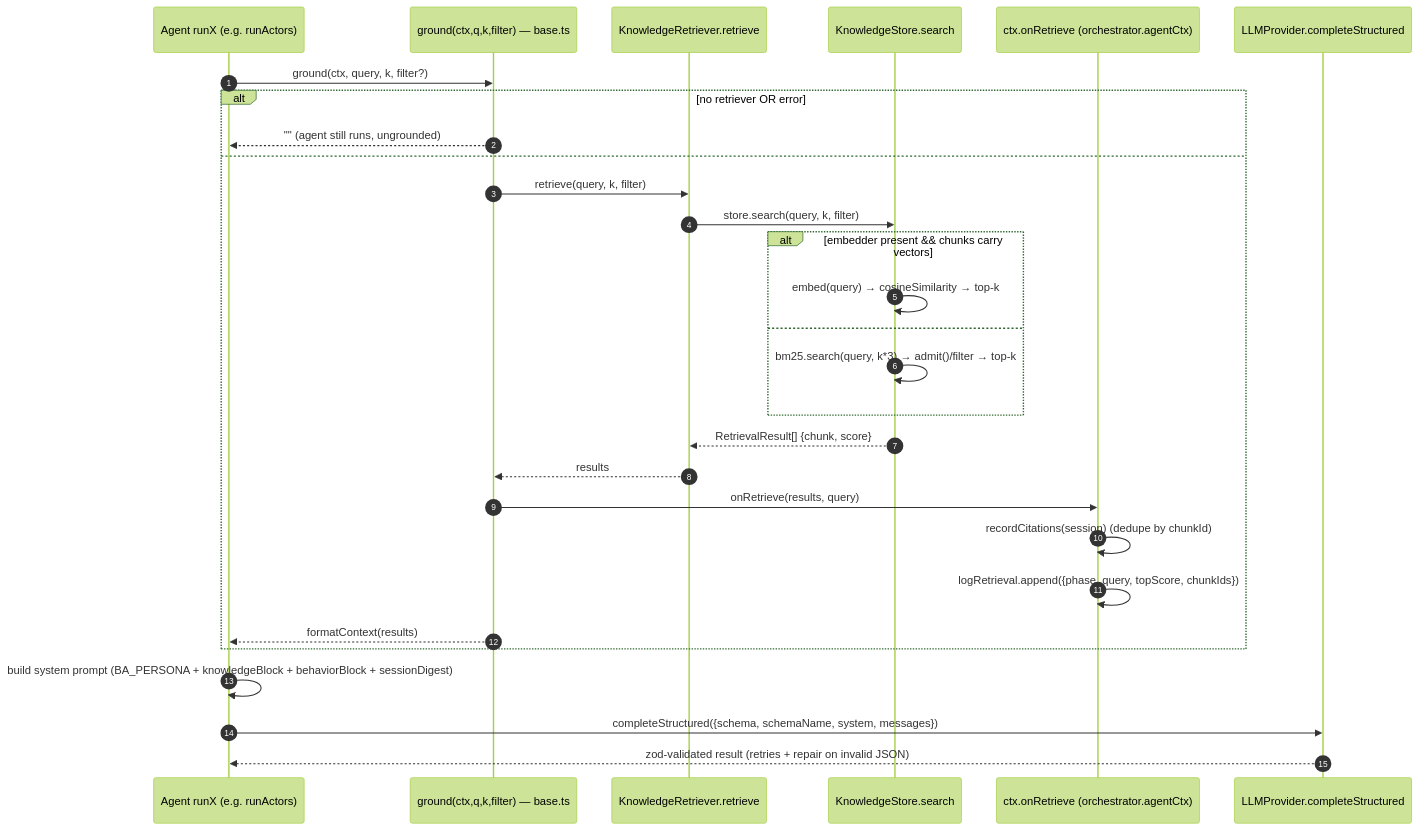
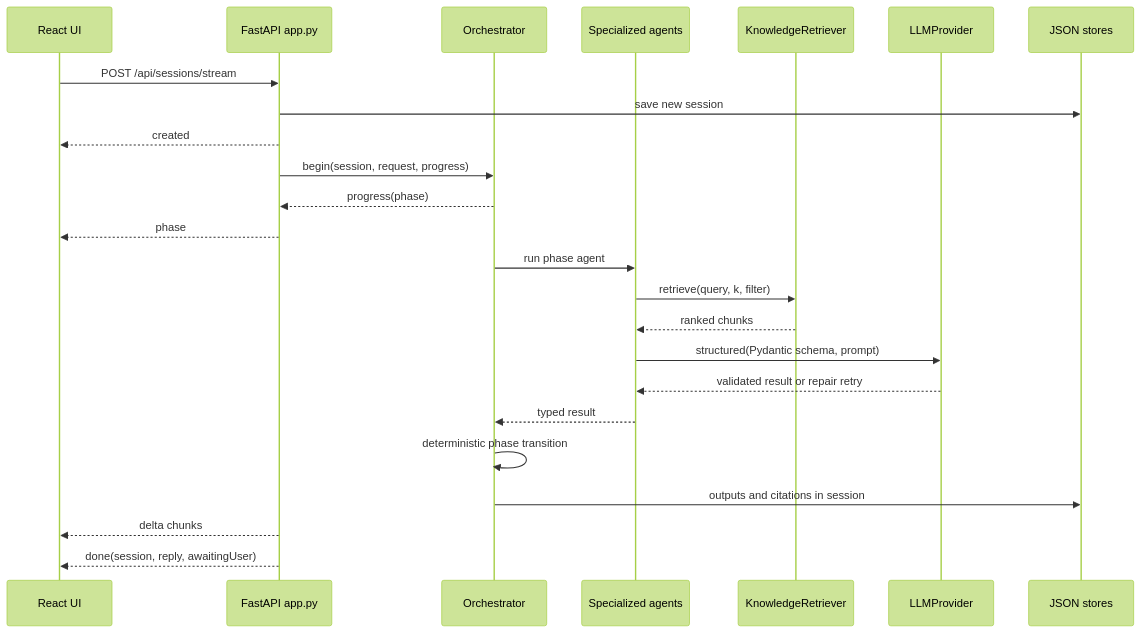
The first of 4 diagrams in docs/pipeline-sequences.md (alirezaRaisSattari/BPMN), drawn with Mermaid (forest theme) before and after one commit. The commit also changed other lines of this file and 50 other files, not shown here.

Commit message:
convert to fast api finished

````diff
--- a/docs/pipeline-sequences.md
+++ b/docs/pipeline-sequences.md
@@ -108,32 +5,27 @@
 ```mermaid
 sequenceDiagram
-  autonumber
-  participant AG as Agent runX (e.g. runActors)
-  participant G as ground(ctx,q,k,filter) — base.ts
-  participant RET as KnowledgeRetriever.retrieve
-  participant STR as KnowledgeStore.search
-  participant OR as ctx.onRetrieve (orchestrator.agentCtx)
-  participant LLM as LLMProvider.completeStructured
+  participant UI as React UI
+  participant API as FastAPI app.py
+  participant OR as Orchestrator
+  participant AG as Specialized agents
+  participant KB as KnowledgeRetriever
+  participant LLM as LLMProvider
+  participant FS as JSON stores
 
-  AG->>G: ground(ctx, query, k, filter?)
-  alt no retriever OR error
-    G-->>AG: ""  (agent still runs, ungrounded)
-  else
-    G->>RET: retrieve(query, k, filter)
-    RET->>STR: store.search(query, k, filter)
-    alt embedder present && chunks carry vectors
-      STR->>STR: embed(query) → cosineSimilarity → top-k
-    else
-      STR->>STR: bm25.search(query, k*3) → admit()/filter → top-k
-    end
-    STR-->>RET: RetrievalResult[] {chunk, score}
-    RET-->>G: results
-    G->>OR: onRetrieve(results, query)
-    OR->>OR: recordCitations(session) (dedupe by chunkId)
-    OR->>OR: logRetrieval.append({phase, query, topScore, chunkIds})
-    G-->>AG: formatContext(results)
-  end
-  AG->>AG: build system prompt (BA_PERSONA + knowledgeBlock + behaviorBlock + sessionDigest)
-  AG->>LLM: completeStructured({schema, schemaName, system, messages})
-  LLM-->>AG: zod-validated result (retries + repair on invalid JSON)
+  UI->>API: POST /api/sessions/stream
+  API->>FS: save new session
+  API-->>UI: created
+  API->>OR: begin(session, request, progress)
+  OR-->>API: progress(phase)
+  API-->>UI: phase
+  OR->>AG: run phase agent
+  AG->>KB: retrieve(query, k, filter)
+  KB-->>AG: ranked chunks
+  AG->>LLM: structured(Pydantic schema, prompt)
+  LLM-->>AG: validated result or repair retry
+  AG-->>OR: typed result
+  OR->>OR: deterministic phase transition
+  OR->>FS: outputs and citations in session
+  API-->>UI: delta chunks
+  API-->>UI: done(session, reply, awaitingUser)
 ```
````
